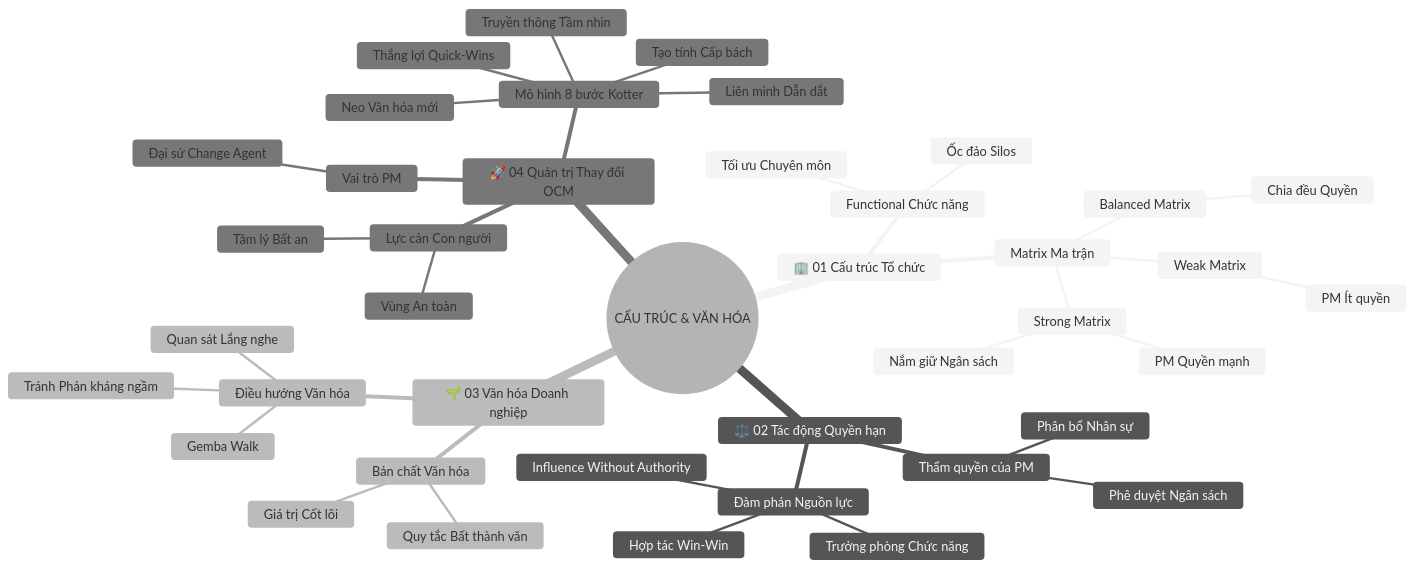
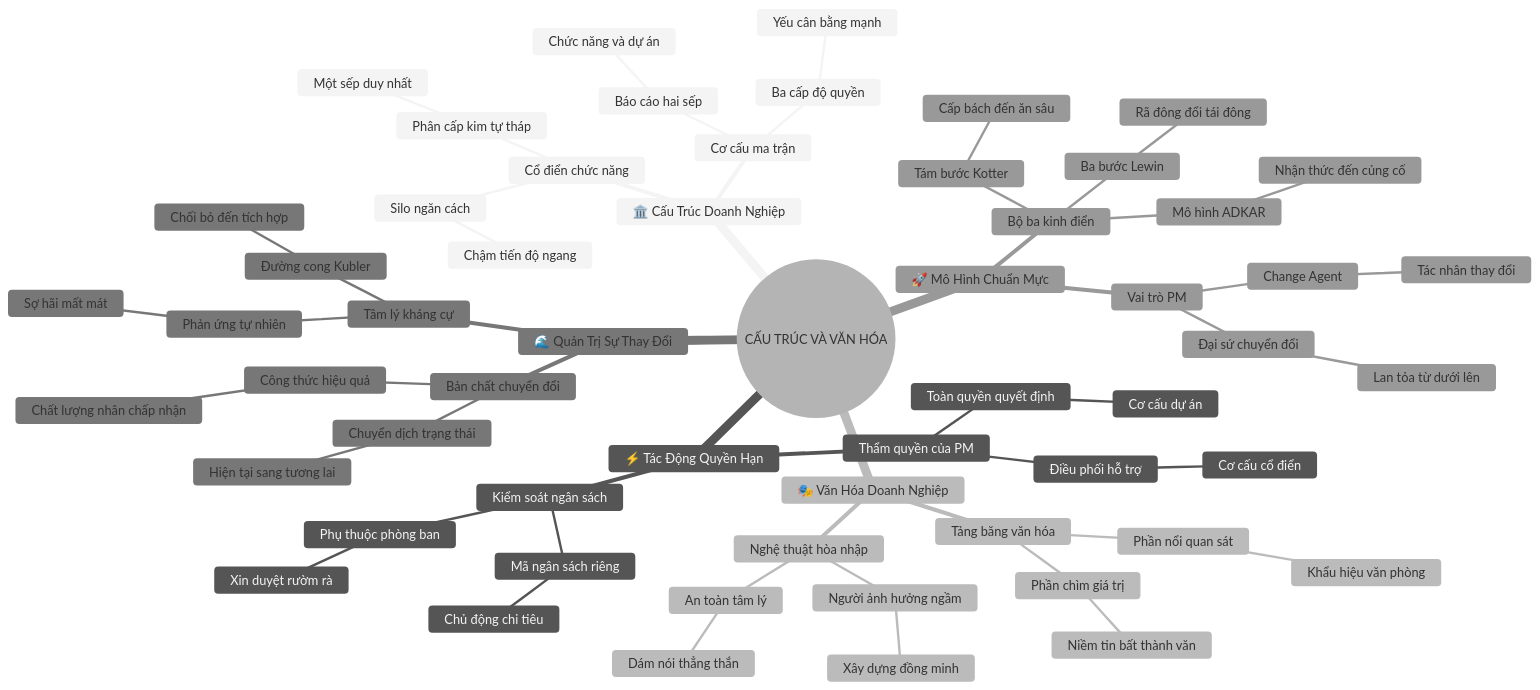
Before and after one commit to tibe2109/audio-book-refactor: the diagram in Kich-ban-clipchamp/Google-Project-Management-Coursera/04-Organizational-Structure-and-Culture/summary.md, drawn with Mermaid (neutral theme). The commit also changed other lines of this file and 680 other files, not shown here.

````diff
--- a/Kich-ban-clipchamp/Google-Project-Management-Coursera/04-Organizational-Structure-and-Culture/summary.md
+++ b/Kich-ban-clipchamp/Google-Project-Management-Coursera/04-Organizational-Structure-and-Culture/summary.md
@@ -152,44 +159,61 @@
 ```mermaid
 mindmap
-  root((CẤU TRÚC & VĂN HÓA))
-    🏢 01 Cấu trúc Tổ chức
-      Functional Chức năng
-        Tối ưu Chuyên môn
-        Ốc đảo Silos
-      Matrix Ma trận
-        Weak Matrix
-          PM Ít quyền
-        Balanced Matrix
-          Chia đều Quyền
-        Strong Matrix
-          PM Quyền mạnh
-          Nắm giữ Ngân sách
-    ⚖️ 02 Tác động Quyền hạn
+  root((CẤU TRÚC VÀ VĂN HÓA))
+    🏛️ Cấu Trúc Doanh Nghiệp
+      Cổ điển chức năng
+        Phân cấp kim tự tháp
+          Một sếp duy nhất
+        Silo ngăn cách
+          Chậm tiến độ ngang
+      Cơ cấu ma trận
+        Báo cáo hai sếp
+          Chức năng và dự án
+        Ba cấp độ quyền
+          Yếu cân bằng mạnh
+    ⚡ Tác Động Quyền Hạn
       Thẩm quyền của PM
-        Phê duyệt Ngân sách
-        Phân bổ Nhân sự
-      Đàm phán Nguồn lực
-        Influence Without Authority
-        Hợp tác Win-Win
-        Trưởng phòng Chức năng
-    🌱 03 Văn hóa Doanh nghiệp
-      Bản chất Văn hóa
-        Giá trị Cốt lõi
-        Quy tắc Bất thành văn
-      Điều hướng Văn hóa
-        Quan sát Lắng nghe
-        Gemba Walk
-        Tránh Phản kháng ngầm
-    🚀 04 Quản trị Thay đổi OCM
-      Lực cản Con người
-        Tâm lý Bất an
-        Vùng An toàn
-      Mô hình 8 bước Kotter
-        Tạo tính Cấp bách
-        Liên minh Dẫn dắt
-        Truyền thông Tầm nhìn
-        Thắng lợi Quick-Wins
-        Neo Văn hóa mới
+        Điều phối hỗ trợ
+          Cơ cấu cổ điển
+        Toàn quyền quyết định
+          Cơ cấu dự án
+      Kiểm soát ngân sách
+        Phụ thuộc phòng ban
+          Xin duyệt rườm rà
+        Mã ngân sách riêng
+          Chủ động chi tiêu
+    🎭 Văn Hóa Doanh Nghiệp
+      Tảng băng văn hóa
+        Phần nổi quan sát
+          Khẩu hiệu văn phòng
+        Phần chìm giá trị
+          Niềm tin bất thành văn
+      Nghệ thuật hòa nhập
+        An toàn tâm lý
+          Dám nói thẳng thắn
+        Người ảnh hưởng ngầm
+          Xây dựng đồng minh
+    🌊 Quản Trị Sự Thay Đổi
+      Bản chất chuyển đổi
+        Chuyển dịch trạng thái
+          Hiện tại sang tương lai
+        Công thức hiệu quả
+          Chất lượng nhân chấp nhận
+      Tâm lý kháng cự
+        Phản ứng tự nhiên
+          Sợ hãi mất mát
+        Đường cong Kubler
+          Chối bỏ đến tích hợp
+    🚀 Mô Hình Chuẩn Mực
+      Bộ ba kinh điển
+        Ba bước Lewin
+          Rã đông đổi tái đông
+        Tám bước Kotter
+          Cấp bách đến ăn sâu
+        Mô hình ADKAR
+          Nhận thức đến củng cố
       Vai trò PM
-        Đại sứ Change Agent
+        Change Agent
+          Tác nhân thay đổi
+        Đại sứ chuyển đổi
+          Lan tỏa từ dưới lên
 ```
````
